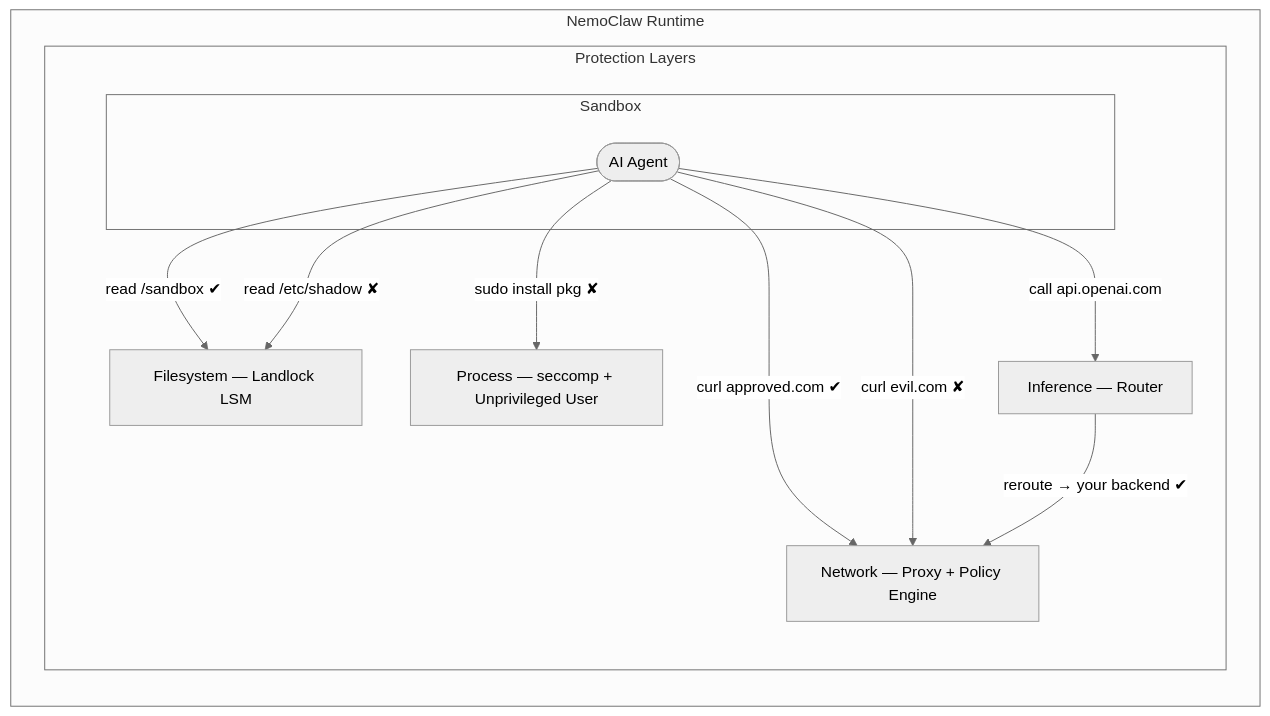
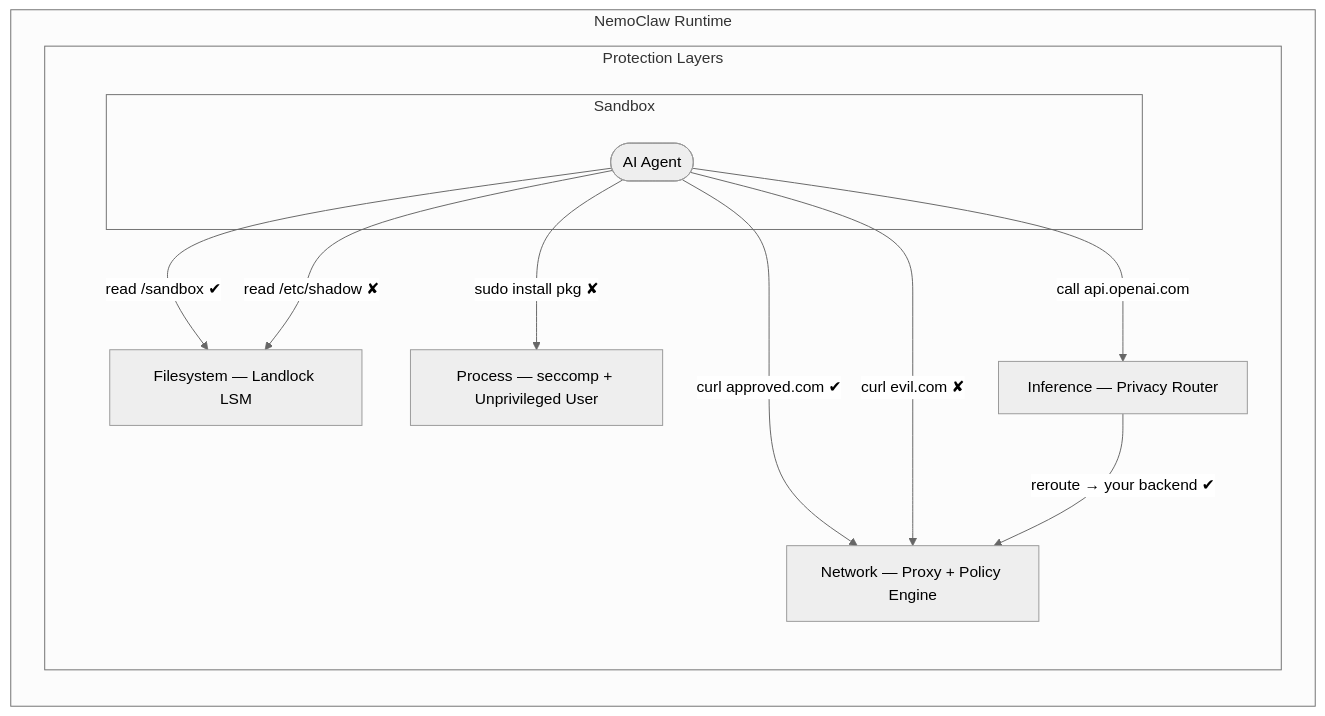
Before and after one commit to NVIDIA/OpenShell: the diagram in docs/safety-and-privacy/index.md, drawn with Mermaid (neutral theme). The commit also changed 14 other files, not shown here.

Commit message:
Architecture updates

````diff
--- a/docs/safety-and-privacy/index.md
+++ b/docs/safety-and-privacy/index.md
@@ -12,27 +12,27 @@
 ```{mermaid}
 graph TB
     subgraph runtime["NemoClaw Runtime"]
         direction TB
 
         subgraph layers["Protection Layers"]
             direction TB
 
             fs["Filesystem — Landlock LSM"]
             net["Network — Proxy + Policy Engine"]
             proc["Process — seccomp + Unprivileged User"]
-            inf["Inference — Router"]
+            inf["Inference — Privacy Router"]
 
             subgraph sandbox["Sandbox"]
                 agent(["AI Agent"])
             end
         end
     end
 
     agent -- "read /sandbox ✔" --> fs
     agent -- "read /etc/shadow ✘" --> fs
     agent -- "curl approved.com ✔" --> net
     agent -- "curl evil.com ✘" --> net
     agent -- "sudo install pkg ✘" --> proc
     agent -- "call api.openai.com" --> inf
     inf -- "reroute → your backend ✔" --> net
 ```
````
